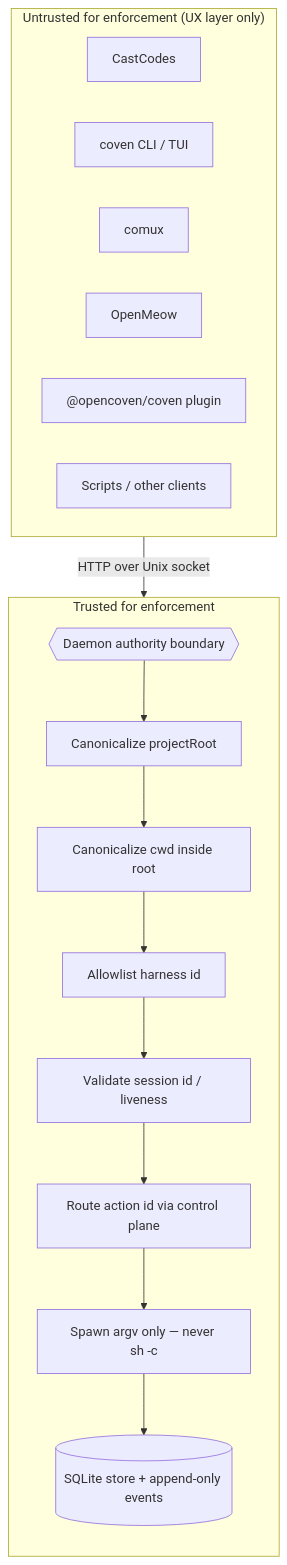
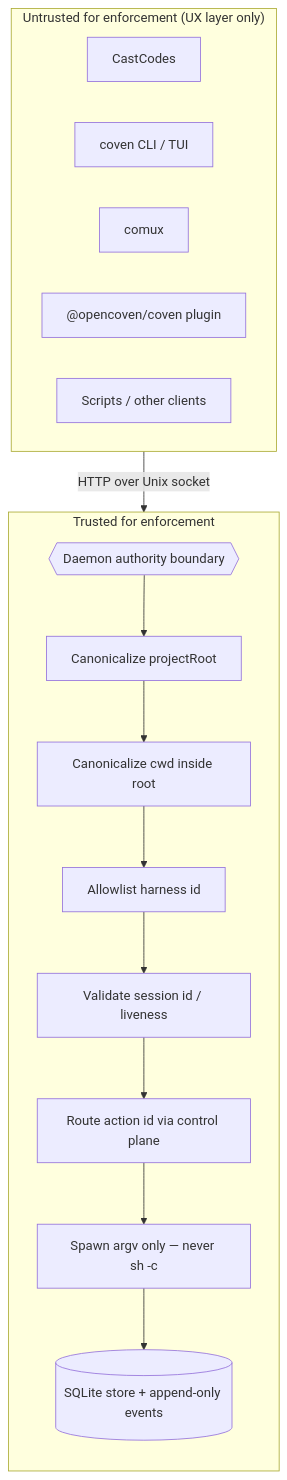
One commit to OpenCoven/coven changed the diagram in docs/SAFETY-MODEL.md. Above: the diagram before and after it, drawn with Mermaid. The commit also changed other lines of this file and 48 other files, not shown here.

First line of the commit message:
chore: scrub stray OpenMeow references (#256)

````diff
--- a/docs/SAFETY-MODEL.md
+++ b/docs/SAFETY-MODEL.md
@@ -30,25 +29,24 @@
 ```mermaid
 flowchart TB
   subgraph UntrustedZone["Untrusted for enforcement (UX layer only)"]
     direction LR
     CastCodes[CastCodes]
     CLI[coven CLI / TUI]
     Comux[comux]
-    Meow[OpenMeow]
     Plugin["@opencoven/coven plugin"]
     Scripts[Scripts / other clients]
   end
 
   UntrustedZone -->|HTTP over Unix socket| Boundary{{Daemon authority boundary}}
 
   subgraph TrustedZone["Trusted for enforcement"]
     direction TB
     Boundary --> ValidateRoot[Canonicalize projectRoot]
     ValidateRoot --> ValidateCwd[Canonicalize cwd inside root]
     ValidateCwd --> AllowHarness[Allowlist harness id]
     AllowHarness --> ValidateSession[Validate session id / liveness]
     ValidateSession --> RouteAction[Route action id via control plane]
     RouteAction --> Spawn[Spawn argv only — never sh -c]
     Spawn --> Store[(SQLite store + append-only events)]
   end
 ```
````
